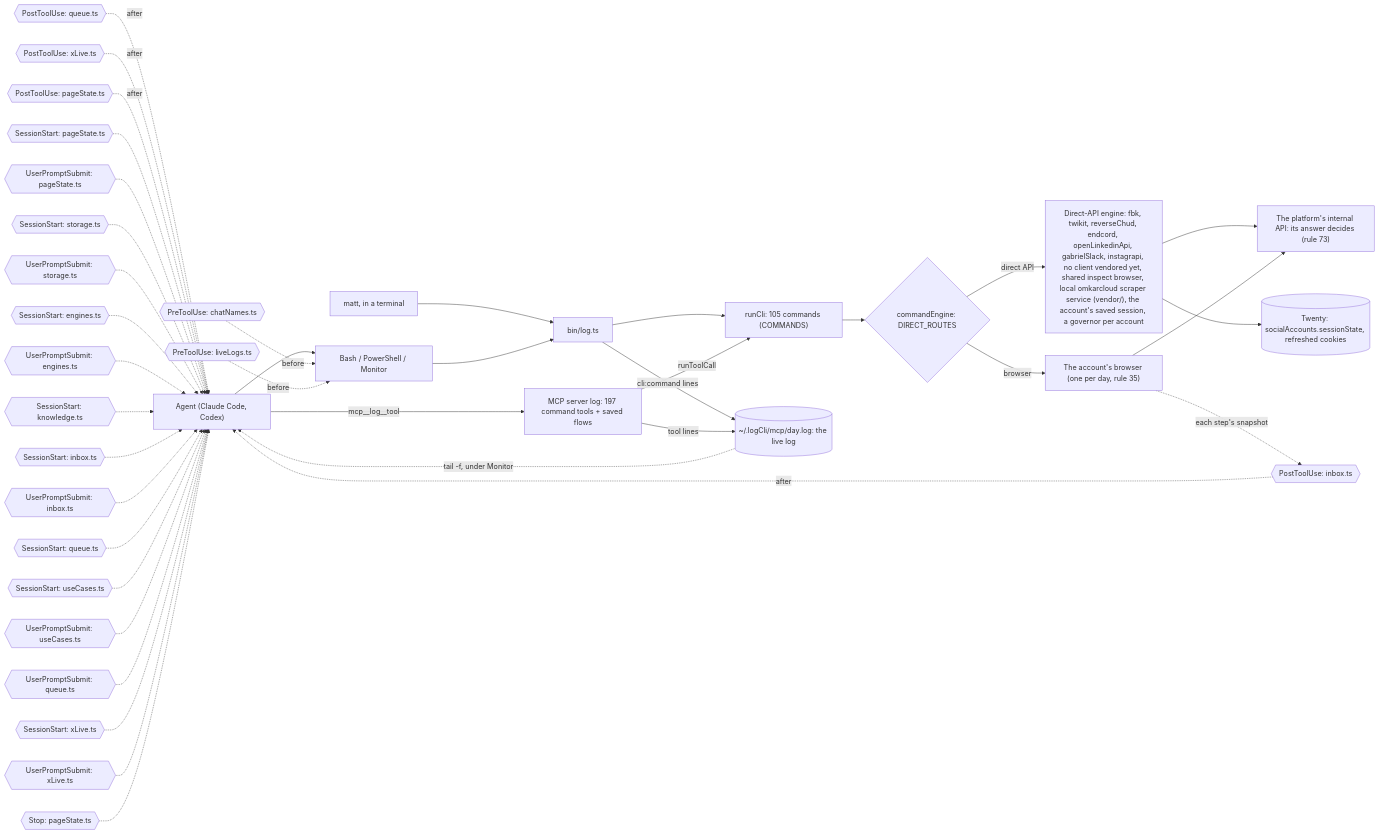
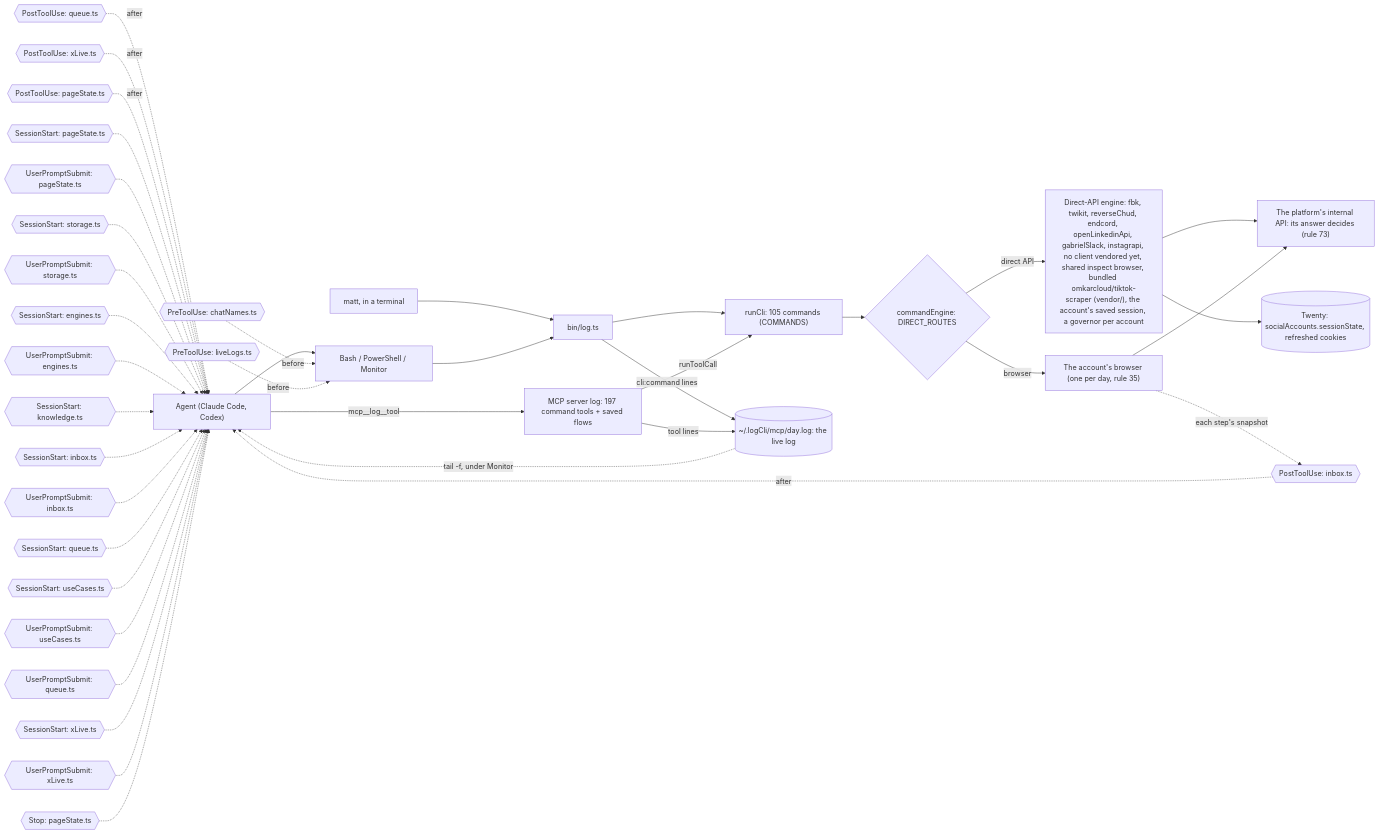
The diagram in docs/diagrams/surface.mmd (aggelos-pappas/log), drawn with Mermaid before and after one commit. The commit also changed 33 other files, not shown here.

```diff
--- a/docs/diagrams/surface.mmd
+++ b/docs/diagrams/surface.mmd
@@ -1,53 +1,53 @@
 %% How a call reaches log-cli. From a shell or over MCP, both run the same commands through `runCli`, write the same live log, and pass through the same hooks. `commandEngine` sends each command to the platform's direct API or to the account's browser.
 %% Written by `bun run docs:build` from the code (rule 56). Not edited by hand.
 flowchart LR
   agent["Agent (Claude Code, Codex)"]
   matt["matt, in a terminal"]
   shell["Bash / PowerShell / Monitor"]
   mcp["MCP server log: 197 command tools + saved flows"]
   bin["bin/log.ts"]
   runCli["runCli: 105 commands (COMMANDS)"]
   live[("~/.logCli/mcp/day.log: the live log")]
   engine{"commandEngine: DIRECT_ROUTES"}
-  direct["Direct-API engine: fbk, twikit, reverseChud, endcord, openLinkedinApi, gabrielSlack, instagrapi, no client vendored yet, shared inspect browser, local omkarcloud scraper service (vendor/), the account's saved session, a governor per account"]
+  direct["Direct-API engine: fbk, twikit, reverseChud, endcord, openLinkedinApi, gabrielSlack, instagrapi, no client vendored yet, shared inspect browser, bundled omkarcloud/tiktok-scraper (vendor/), the account's saved session, a governor per account"]
   browser["The account's browser (one per day, rule 35)"]
   api["The platform's internal API: its answer decides (rule 73)"]
   twenty[("Twenty: socialAccounts.sessionState, refreshed cookies")]
   agent --> shell
   matt --> bin
   shell --> bin
   agent -->|mcp__log__tool| mcp
   bin --> runCli
   mcp -->|runToolCall| runCli
   runCli --> engine
   engine -->|direct API| direct
   engine -->|browser| browser
   direct --> api
   browser --> api
   direct --> twenty
   bin -->|cli:command lines| live
   mcp -->|tool lines| live
   live -.->|tail -f, under Monitor| agent
   pre0{{"PreToolUse: chatNames.ts"}} -.->|before| shell
   pre1{{"PreToolUse: liveLogs.ts"}} -.->|before| shell
   post0{{"PostToolUse: inbox.ts"}} -.->|after| agent
   post1{{"PostToolUse: queue.ts"}} -.->|after| agent
   post2{{"PostToolUse: xLive.ts"}} -.->|after| agent
   post3{{"PostToolUse: pageState.ts"}} -.->|after| agent
   turn0{{"SessionStart: pageState.ts"}} -.-> agent
   turn1{{"UserPromptSubmit: pageState.ts"}} -.-> agent
   turn2{{"SessionStart: storage.ts"}} -.-> agent
   turn3{{"UserPromptSubmit: storage.ts"}} -.-> agent
   turn4{{"SessionStart: engines.ts"}} -.-> agent
   turn5{{"UserPromptSubmit: engines.ts"}} -.-> agent
   turn6{{"SessionStart: knowledge.ts"}} -.-> agent
   turn7{{"SessionStart: inbox.ts"}} -.-> agent
   turn8{{"UserPromptSubmit: inbox.ts"}} -.-> agent
   turn9{{"SessionStart: queue.ts"}} -.-> agent
   turn10{{"SessionStart: useCases.ts"}} -.-> agent
   turn11{{"UserPromptSubmit: useCases.ts"}} -.-> agent
   turn12{{"UserPromptSubmit: queue.ts"}} -.-> agent
   turn13{{"SessionStart: xLive.ts"}} -.-> agent
   turn14{{"UserPromptSubmit: xLive.ts"}} -.-> agent
   turn15{{"Stop: pageState.ts"}} -.-> agent
   browser -.->|each step's snapshot| post0
```
